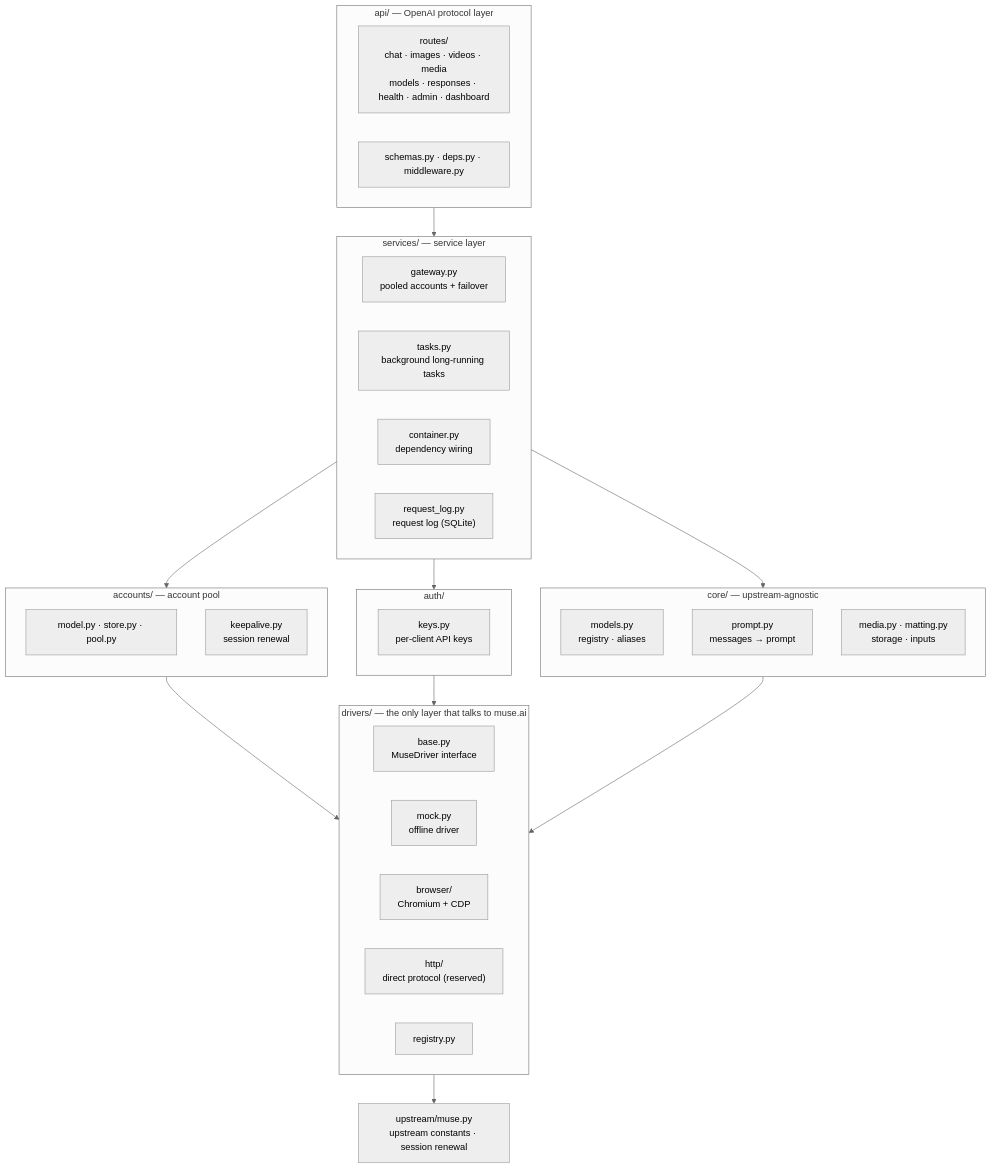
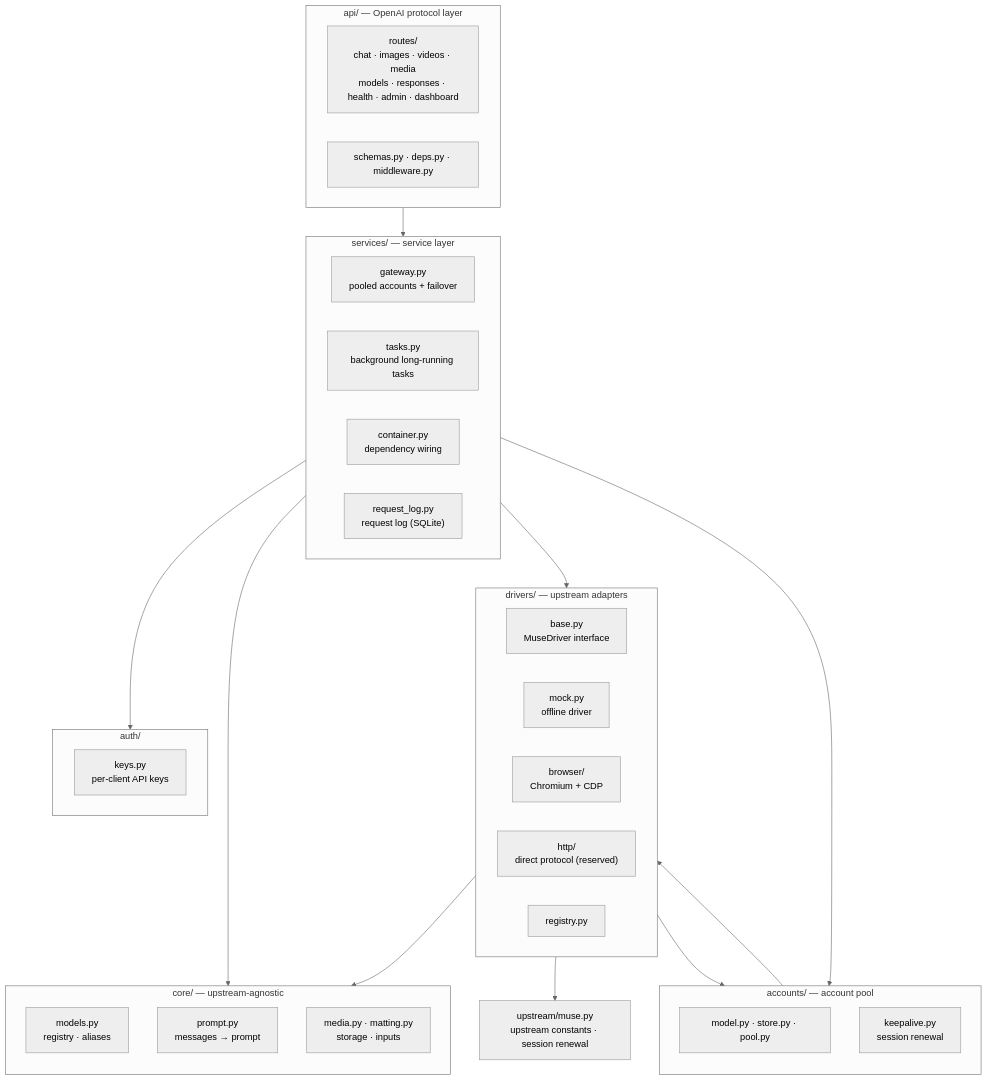
Before and after one commit to YunMengXue42/muse-console: the diagram in docs/ARCHITECTURE.md, drawn with Mermaid (neutral theme). The commit also changed other lines of this file and 17 other files, not shown here.

````diff
--- a/docs/ARCHITECTURE.md
+++ b/docs/ARCHITECTURE.md
@@ -7,49 +9,49 @@
 ```mermaid
 flowchart TB
     subgraph api["api/ — OpenAI protocol layer"]
         direction LR
         api_routes["routes/<br/>chat · images · videos · media<br/>models · responses · health · admin · dashboard"]
         api_support["schemas.py · deps.py · middleware.py"]
     end
 
     subgraph services["services/ — service layer"]
         direction LR
         svc_gateway["gateway.py<br/>pooled accounts + failover"]
         svc_tasks["tasks.py<br/>background long-running tasks"]
         svc_container["container.py<br/>dependency wiring"]
         svc_reqlog["request_log.py<br/>request log (SQLite)"]
     end
 
     subgraph accounts["accounts/ — account pool"]
         direction TB
         acc_pool["model.py · store.py · pool.py"]
         acc_keepalive["keepalive.py<br/>session renewal"]
     end
 
     subgraph auth["auth/"]
         auth_keys["keys.py<br/>per-client API keys"]
     end
 
     subgraph core["core/ — upstream-agnostic"]
         direction TB
         core_models["models.py<br/>registry · aliases"]
         core_prompt["prompt.py<br/>messages → prompt"]
         core_media["media.py · matting.py<br/>storage · inputs"]
     end
 
-    subgraph drivers["drivers/ — the only layer that talks to muse.ai"]
+    subgraph drivers["drivers/ — upstream adapters"]
         direction LR
         drv_base["base.py<br/>MuseDriver interface"]
         drv_mock["mock.py<br/>offline driver"]
         drv_browser["browser/<br/>Chromium + CDP"]
         drv_http["http/<br/>direct protocol (reserved)"]
         drv_registry["registry.py"]
     end
 
     upstream["upstream/muse.py<br/>upstream constants · session renewal"]
 
     api --> services
-    services --> accounts & auth & core
-    accounts & auth & core --> drivers
-    drivers --> upstream
+    services --> accounts & auth & core & drivers
+    acc_keepalive --> drv_base
+    drivers --> acc_pool & core & upstream
 ```
````
